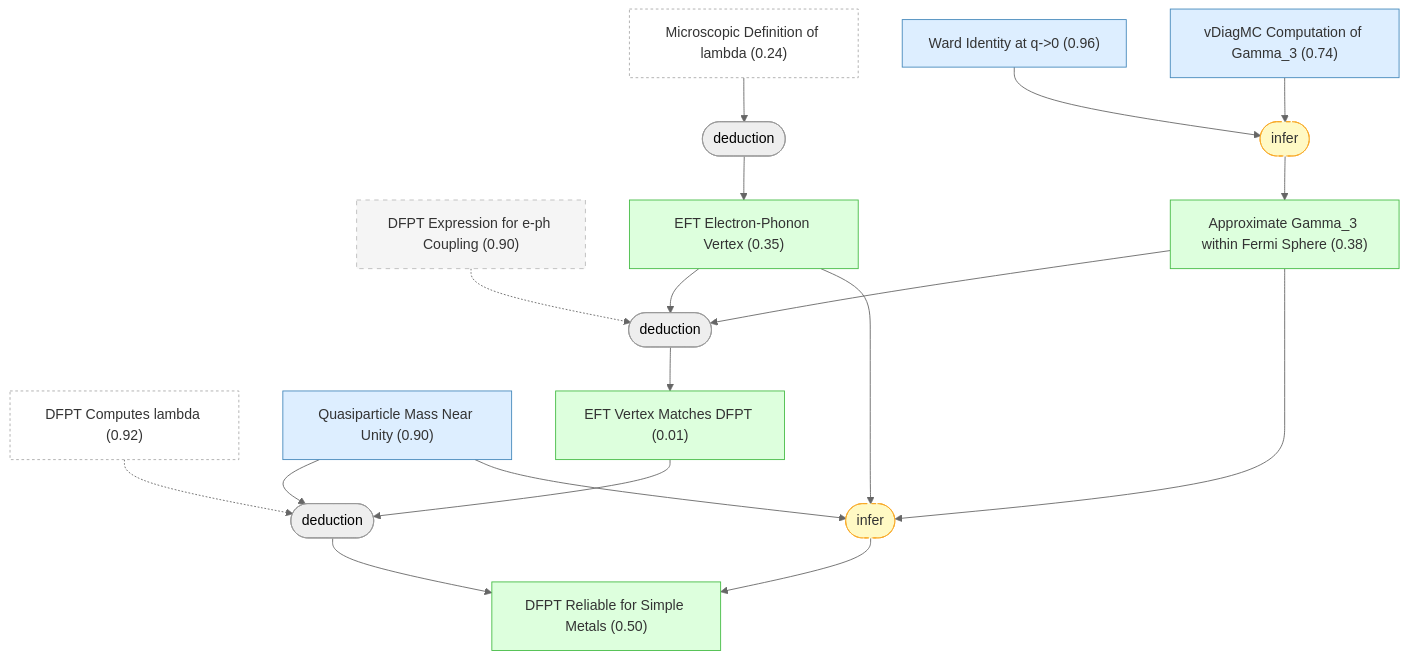
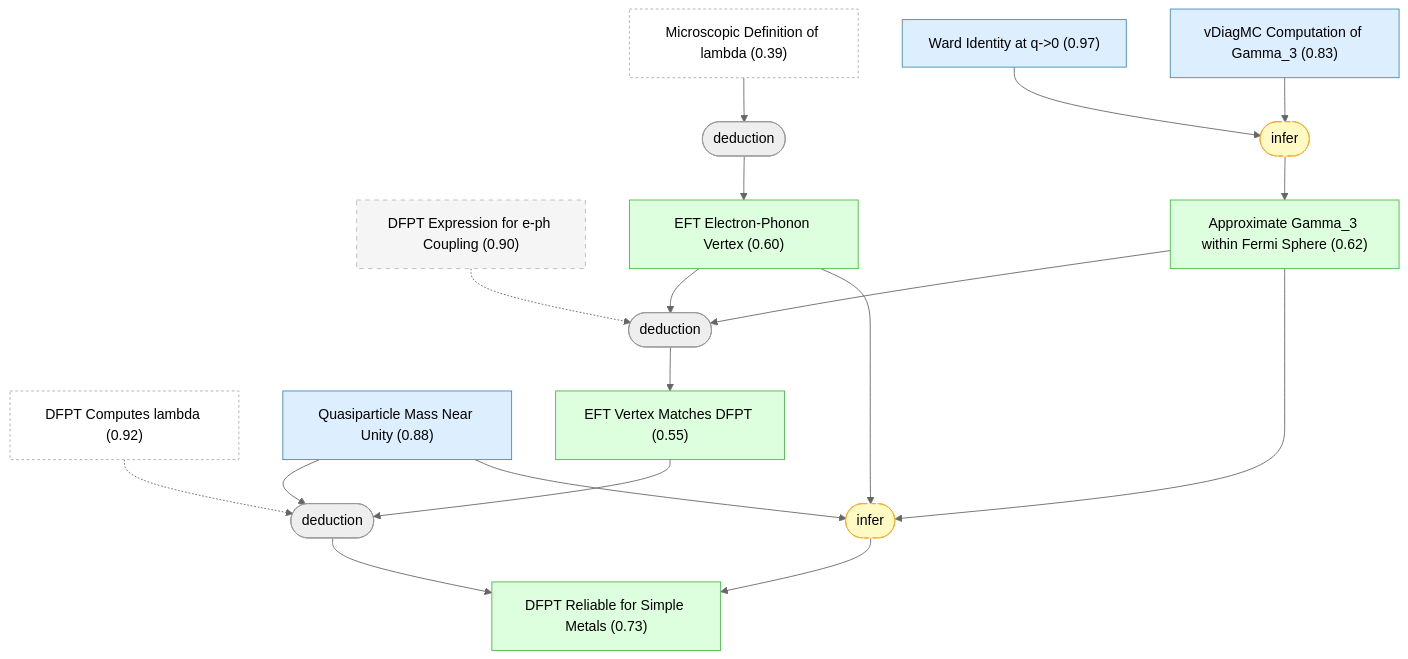
Before and after one commit to kunyuan/SuperconductivityElectronLiquids.gaia: the fifth of 6 diagrams in README.md, drawn with Mermaid (neutral theme). The commit also changed other lines of this file, not shown here.

````diff
--- a/README.md
+++ b/README.md
@@ -598,45 +598,45 @@
 ```mermaid
 graph TD
     dfpt_computes_lambda["DFPT Computes lambda (0.92)"]:::external
-    lambda_microscopic_definition["Microscopic Definition of lambda (0.24)"]:::external
-    ward_identity["Ward Identity at q->0 (0.96)"]:::premise
-    gamma3_vdiagmc["vDiagMC Computation of Gamma_3 (0.74)"]:::premise
+    lambda_microscopic_definition["Microscopic Definition of lambda (0.39)"]:::external
+    ward_identity["Ward Identity at q->0 (0.97)"]:::premise
+    gamma3_vdiagmc["vDiagMC Computation of Gamma_3 (0.83)"]:::premise
     dfpt_eph_ansatz["DFPT Expression for e-ph Coupling (0.90)"]:::background
-    quasiparticle_mass_near_unity["Quasiparticle Mass Near Unity (0.90)"]:::premise
-    eft_eph_vertex["EFT Electron-Phonon Vertex (0.35)"]:::derived
-    gamma3_approximation["Approximate Gamma_3 within Fermi Sphere (0.38)"]:::derived
-    eft_vertex_matches_dfpt["EFT Vertex Matches DFPT (0.01)"]:::derived
-    dfpt_reliable_for_simple_metals["DFPT Reliable for Simple Metals (0.50)"]:::derived
+    quasiparticle_mass_near_unity["Quasiparticle Mass Near Unity (0.88)"]:::premise
+    eft_eph_vertex["EFT Electron-Phonon Vertex (0.60)"]:::derived
+    gamma3_approximation["Approximate Gamma_3 within Fermi Sphere (0.62)"]:::derived
+    eft_vertex_matches_dfpt["EFT Vertex Matches DFPT (0.55)"]:::derived
+    dfpt_reliable_for_simple_metals["DFPT Reliable for Simple Metals (0.73)"]:::derived
     strat_12(["deduction"])
     lambda_microscopic_definition --> strat_12
     strat_12 --> eft_eph_vertex
     strat_13(["infer"]):::weak
     ward_identity --> strat_13
     gamma3_vdiagmc --> strat_13
     strat_13 --> gamma3_approximation
     strat_14(["deduction"])
     eft_eph_vertex --> strat_14
     gamma3_approximation --> strat_14
     dfpt_eph_ansatz -.-> strat_14
     strat_14 --> eft_vertex_matches_dfpt
     strat_15(["deduction"])
     eft_vertex_matches_dfpt --> strat_15
     quasiparticle_mass_near_unity --> strat_15
     dfpt_computes_lambda -.-> strat_15
     strat_15 --> dfpt_reliable_for_simple_metals
     strat_16(["infer"]):::weak
     eft_eph_vertex --> strat_16
     gamma3_approximation --> strat_16
     quasiparticle_mass_near_unity --> strat_16
     strat_16 --> dfpt_reliable_for_simple_metals
 
-    classDef setting fill:#f0f0f0,stroke:#999,color:#333
-    classDef premise fill:#ddeeff,stroke:#4488bb,color:#333
-    classDef derived fill:#ddffdd,stroke:#44bb44,color:#333
-    classDef question fill:#fff3dd,stroke:#cc9944,color:#333
-    classDef background fill:#f5f5f5,stroke:#bbb,stroke-dasharray: 5 5,color:#333
-    classDef orphan fill:#fff,stroke:#ccc,stroke-dasharray: 5 5,color:#333
-    classDef external fill:#fff,stroke:#aaa,stroke-dasharray: 3 3,color:#333
-    classDef weak fill:#fff9c4,stroke:#f9a825,stroke-dasharray: 5 5,color:#333
-    classDef contra fill:#ffebee,stroke:#c62828,color:#333
+    classDef setting fill:#f0f0f0,stroke:#999
+    classDef premise fill:#ddeeff,stroke:#4488bb
+    classDef derived fill:#ddffdd,stroke:#44bb44
+    classDef question fill:#fff3dd,stroke:#cc9944
+    classDef background fill:#f5f5f5,stroke:#bbb,stroke-dasharray: 5 5
+    classDef orphan fill:#fff,stroke:#ccc,stroke-dasharray: 5 5
+    classDef external fill:#fff,stroke:#aaa,stroke-dasharray: 3 3
+    classDef weak fill:#fff9c4,stroke:#f9a825,stroke-dasharray: 5 5
+    classDef contra fill:#ffebee,stroke:#c62828
 ```
````
